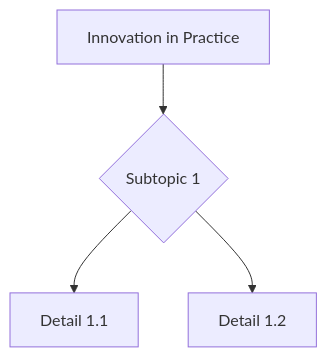
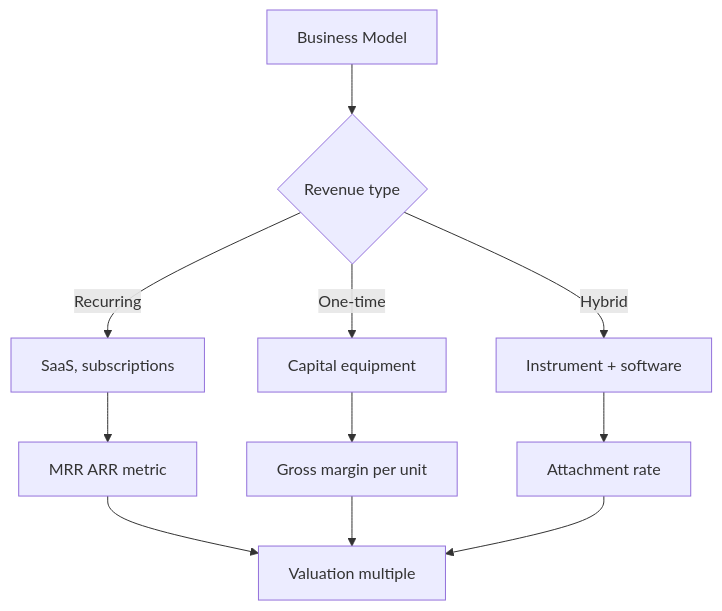
Before and after one commit to yip-lgtm/PhysicsSelfStudy: the fourth of 10 diagrams in 02_MSc_DataDriven_Modeling/core_courses/MSDM_5005/README.md, drawn with Mermaid. The commit also changed other lines of this file and 21 other files, not shown here.

````diff
--- a/02_MSc_DataDriven_Modeling/core_courses/MSDM_5005/README.md
+++ b/02_MSc_DataDriven_Modeling/core_courses/MSDM_5005/README.md
@@ -259,6 +246,13 @@
 ```mermaid
 graph TD
-    A[Innovation in Practice] --> B{Subtopic 1}
-    B --> C[Detail 1.1]
-    B --> D[Detail 1.2]
+    A[Business Model] --> B{Revenue type}
+    B -->|Recurring| C[SaaS, subscriptions]
+    B -->|One-time| D[Capital equipment]
+    B -->|Hybrid| E[Instrument + software]
+    C --> F[MRR ARR metric]
+    D --> G[Gross margin per unit]
+    E --> H[Attachment rate]
+    F --> I[Valuation multiple]
+    G --> I
+    H --> I
 ```
````
